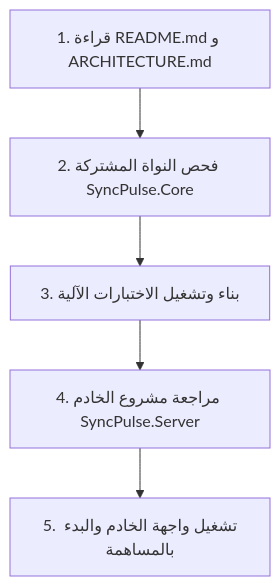
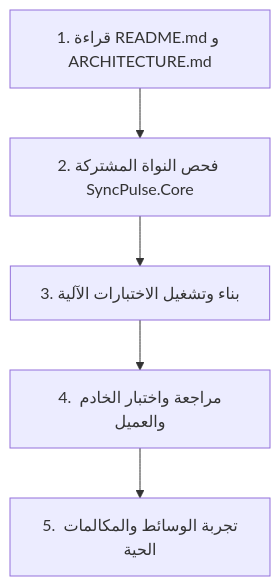
Before and after one commit to jacobkhaled01-spec/SyncPulse: the diagram in REVIEW_GUIDE.md, drawn with Mermaid. The commit also changed other lines of this file and 4 other files, not shown here.

Commit message:
docs: update comprehensive architecture, changelog, tech stack, review guide, and README documentation according to APA 7

````diff
--- a/REVIEW_GUIDE.md
+++ b/REVIEW_GUIDE.md
@@ -34,7 +36,7 @@
 ```mermaid
 graph TD
     A["1. قراءة README.md و ARCHITECTURE.md"] --> B["2. فحص النواة المشتركة SyncPulse.Core"]
     B --> C["3. بناء وتشغيل الاختبارات الآلية"]
-    C --> D["4. مراجعة مشروع الخادم SyncPulse.Server"]
-    D --> E["5. تشغيل واجهة الخادم والبدء بالمساهمة"]
+    C --> D["4. مراجعة واختبار الخادم والعميل"]
+    D --> E["5. تجربة الوسائط والمكالمات الحية"]
 ```
````
